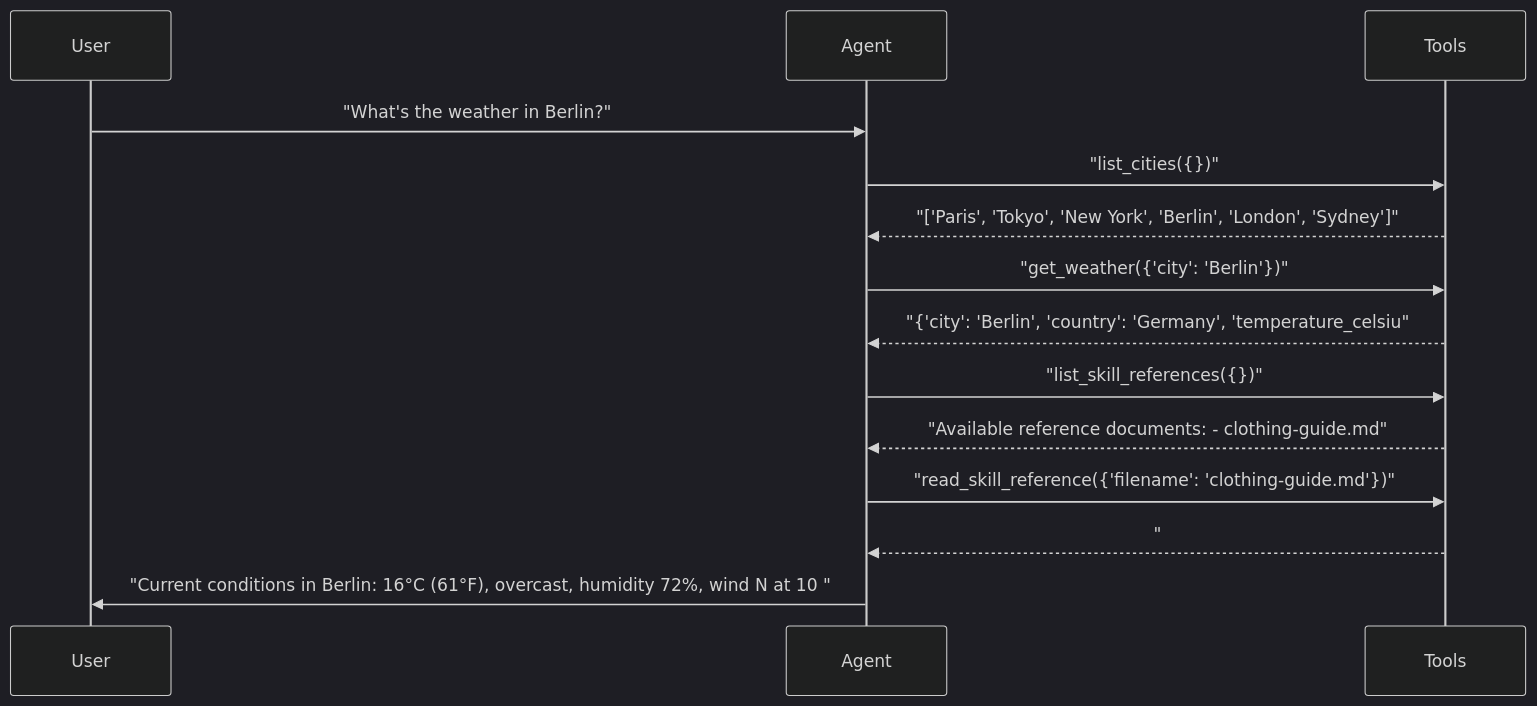
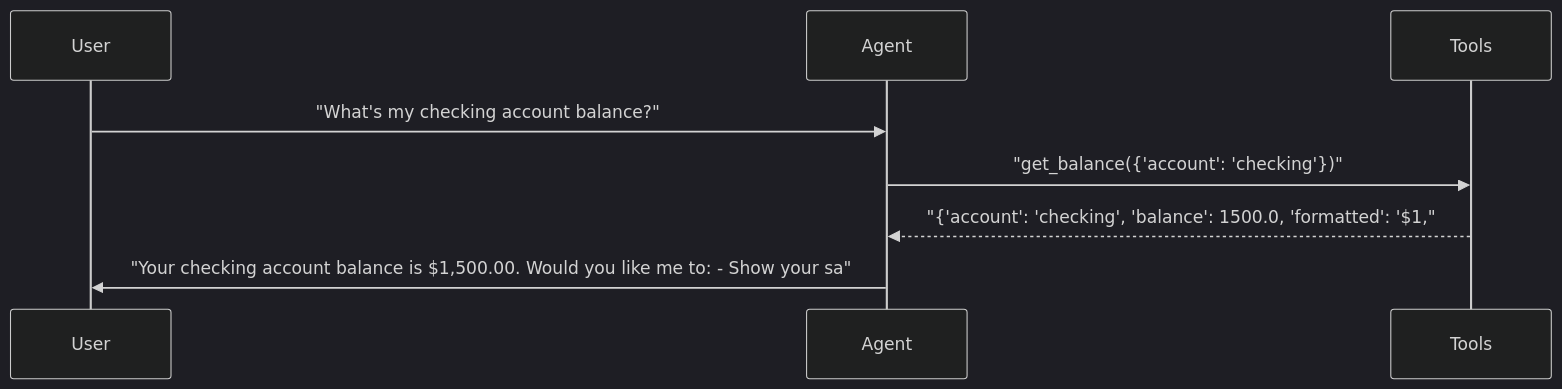
One commit to sbroenne/pytest-aitest changed the third of 6 diagrams in docs/reports/04_agent_selector.md. Above: the diagram before and after it, drawn with Mermaid (dark theme). The commit also changed other lines of this file and 132 other files, not shown here.

````diff
--- a/docs/reports/04_agent_selector.md
+++ b/docs/reports/04_agent_selector.md
@@ -233,17 +182,11 @@
 ```mermaid
 sequenceDiagram
     participant User
     participant Agent
     participant Tools
 
-    User->>Agent: "What's the weather in Berlin?"
-    Agent->>Tools: "list_cities({})"
-    Tools-->>Agent: "['Paris', 'Tokyo', 'New York', 'Berlin', 'London', 'Sydney']"
-    Agent->>Tools: "get_weather({'city': 'Berlin'})"
-    Tools-->>Agent: "{'city': 'Berlin', 'country': 'Germany', 'temperature_celsiu"
-    Agent->>Tools: "list_skill_references({})"
-    Tools-->>Agent: "Available reference documents: - clothing-guide.md"
-    Agent->>Tools: "read_skill_reference({'filename': 'clothing-guide.md'})"
-    Tools-->>Agent: "# Weather Clothing Guide ## Temperature-Based Clothing ### C"
-    Agent->>User: "Current conditions in Berlin: 16°C (61°F), overcast, humidity 72%, wind N at 10 "
+    User->>Agent: "What's my checking account balance?"
+    Agent->>Tools: "get_balance({'account': 'checking'})"
+    Tools-->>Agent: "{'account': 'checking', 'balance': 1500.0, 'formatted': '$1,"
+    Agent->>User: "Your checking account balance is $1,500.00. Would you like me to: - Show your sa"
 ```
````
